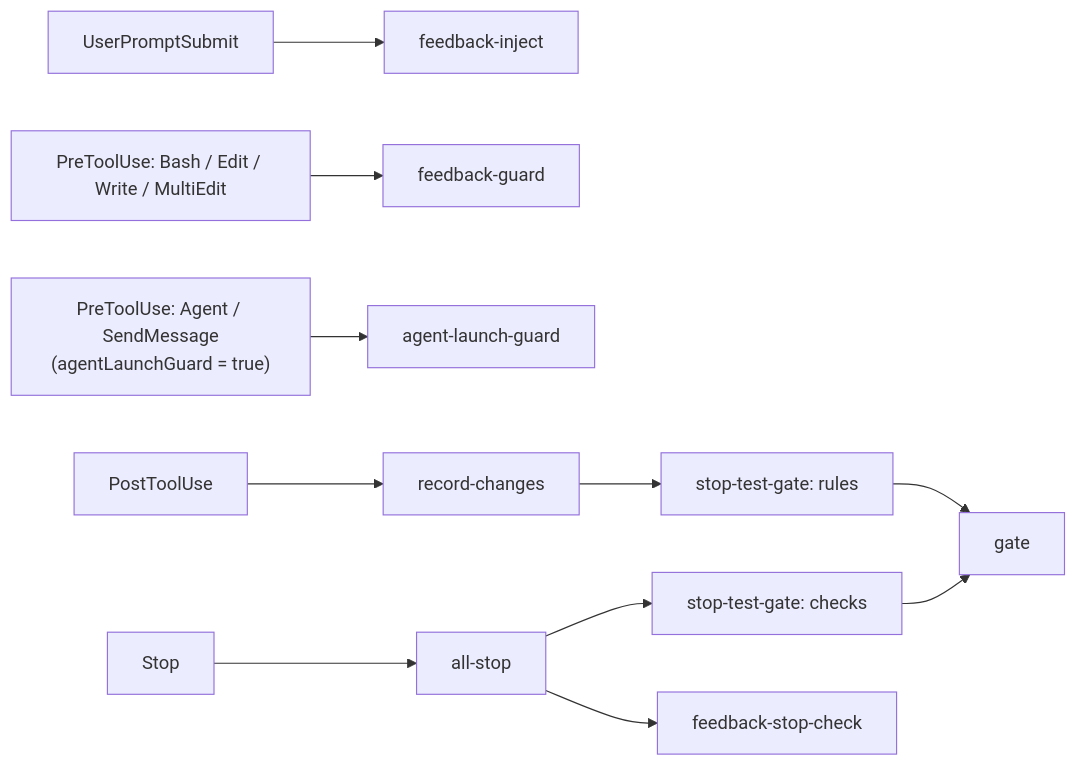
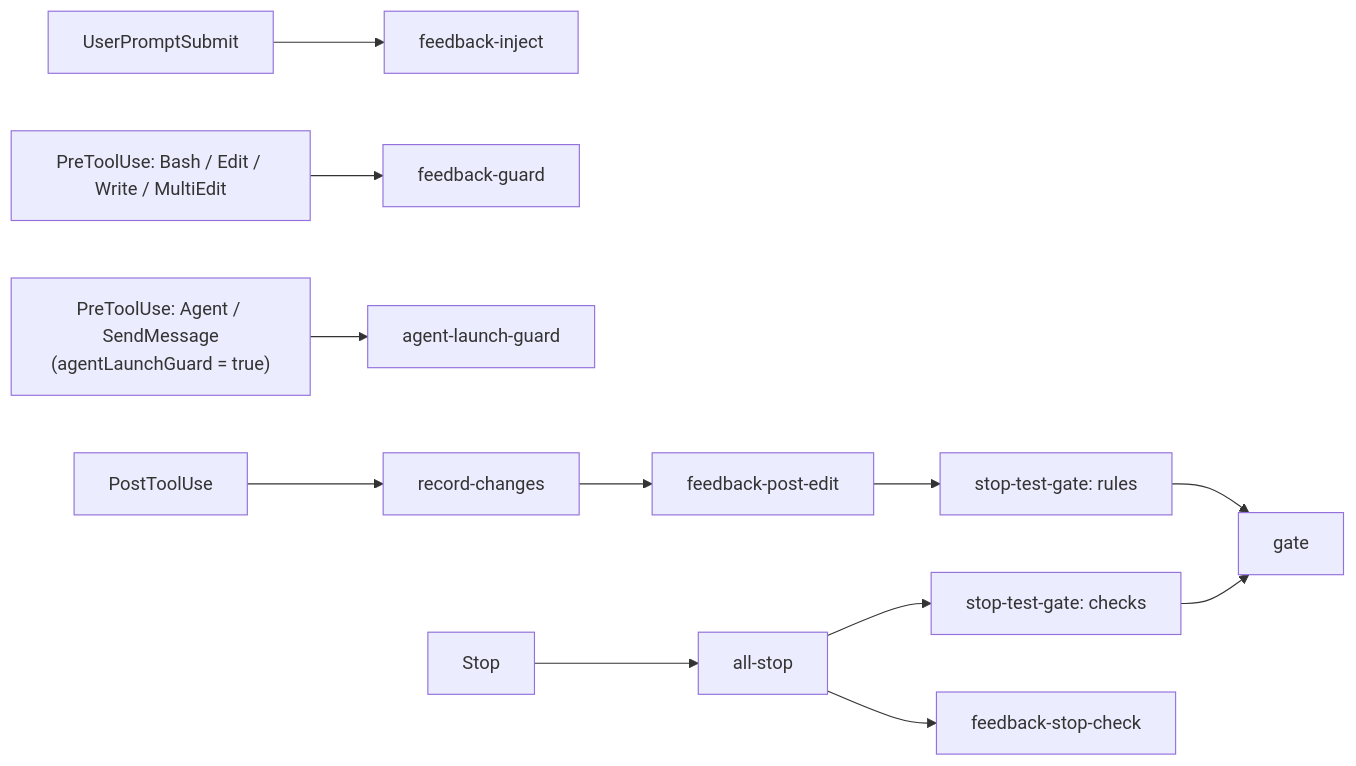
The diagram in README.md (nonchan7720/claude-hook-gate), drawn with Mermaid before and after one commit. The commit also changed other lines of this file and 9 other files, not shown here.

Commit message:
feat: add post_edit event to feedback enforce rules (#17)

````diff
--- a/README.md
+++ b/README.md
@@ -37,13 +37,14 @@
 ```mermaid
 flowchart LR
   P[UserPromptSubmit] --> I[feedback-inject]
   T[PreToolUse: Bash / Edit / Write / MultiEdit] --> G[feedback-guard]
   T2["PreToolUse: Agent / SendMessage<br/>(agentLaunchGuard = true)"] --> AL[agent-launch-guard]
   E[PostToolUse] --> R[record-changes]
-  R --> S[stop-test-gate: rules]
+  R --> PE[feedback-post-edit]
+  PE --> S[stop-test-gate: rules]
   S --> SG[gate]
   X[Stop] --> A[all-stop]
   A --> C[stop-test-gate: checks]
   A --> F[feedback-stop-check]
   C --> SG
 ```
````
